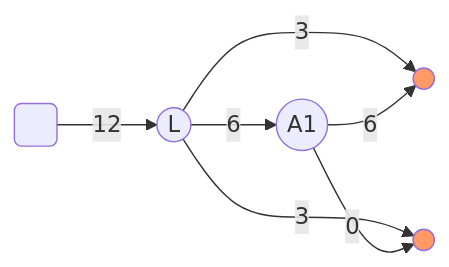
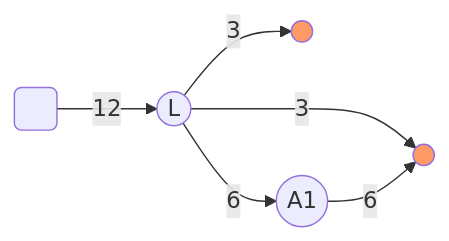
The fourth of 5 diagrams in packages/nitro-protocol/docs/wallet-dev-tutorial/fund-and-defund-off-chain.md (statechannels/statechannels), drawn with Mermaid before and after one commit. The commit also changed other lines of this file, not shown here.

```diff
--- a/packages/nitro-protocol/docs/wallet-dev-tutorial/fund-and-defund-off-chain.md
+++ b/packages/nitro-protocol/docs/wallet-dev-tutorial/fund-and-defund-off-chain.md
@@ -234,18 +234,17 @@
 <div class="mermaid" align="center">
 graph LR;
 linkStyle default interpolate basis;
 chain( )
 ledger((L))
 me(( )):::external
 hub(( )):::external
 me(( )):::external
 hub(( )):::external
 chain-->|12|ledger;
 ledger-->|3|me;
 ledger-->|3|hub;
 ledger-->|6|app
 app((A1))
 app-->|6|me;
-app-->|0|hub;
 classDef external fill:#f96
 </div>
```
